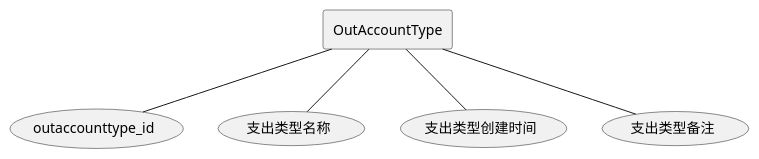
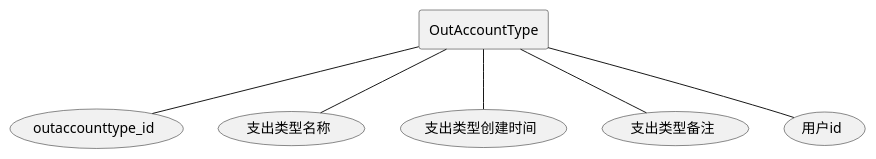
Before and after one commit to xiaokangxxs/notebook: diagram 16 of 30 in docs/UML/plantuml.md, drawn with PlantUML. The commit also changed other lines of this file and 2 other files, not shown here.

Commit message:
update hadoop-ha and update familyaccount-plantuml

````diff
--- a/docs/UML/plantuml.md
+++ b/docs/UML/plantuml.md
@@ -323,9 +323,10 @@
 ```plantuml
 @startuml
 rectangle OutAccountType
 OutAccountType -- (outaccounttype_id)
 OutAccountType -- (支出类型名称)
 OutAccountType -- (支出类型创建时间)
 OutAccountType -- (支出类型备注)
+OutAccountType -- (用户id)
 @enduml
 ```
````
